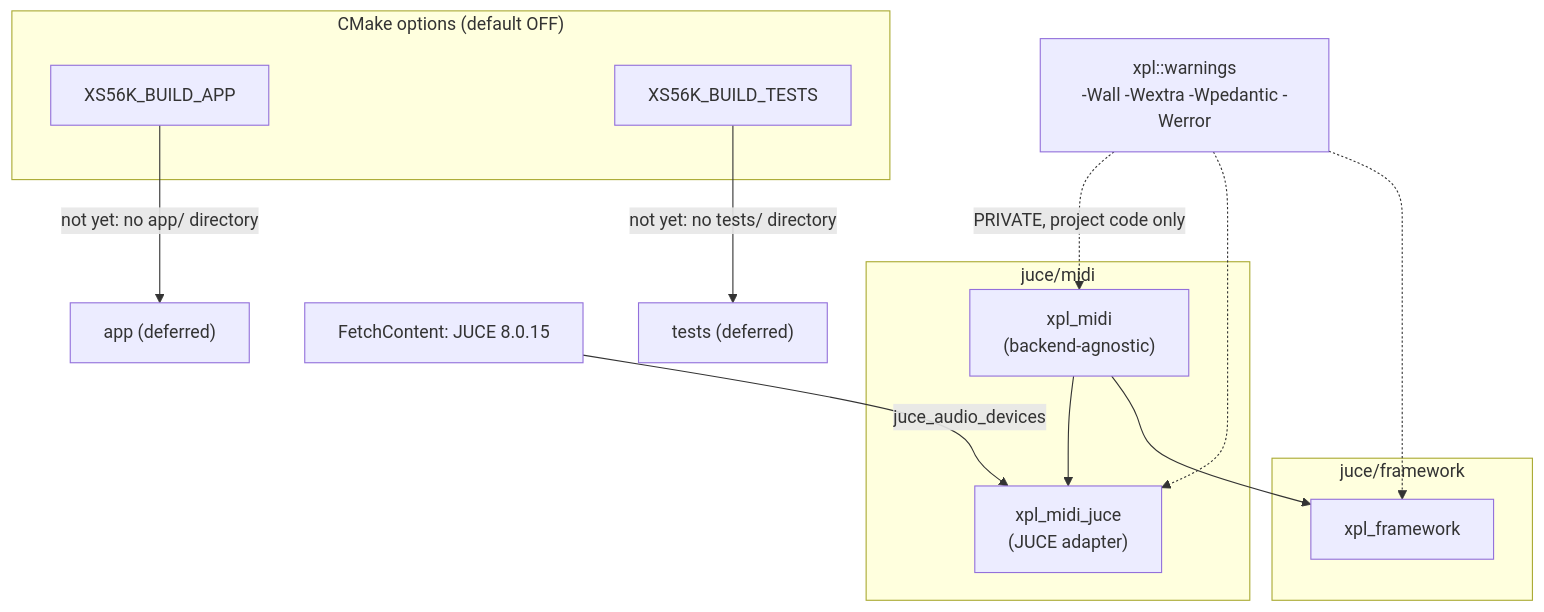
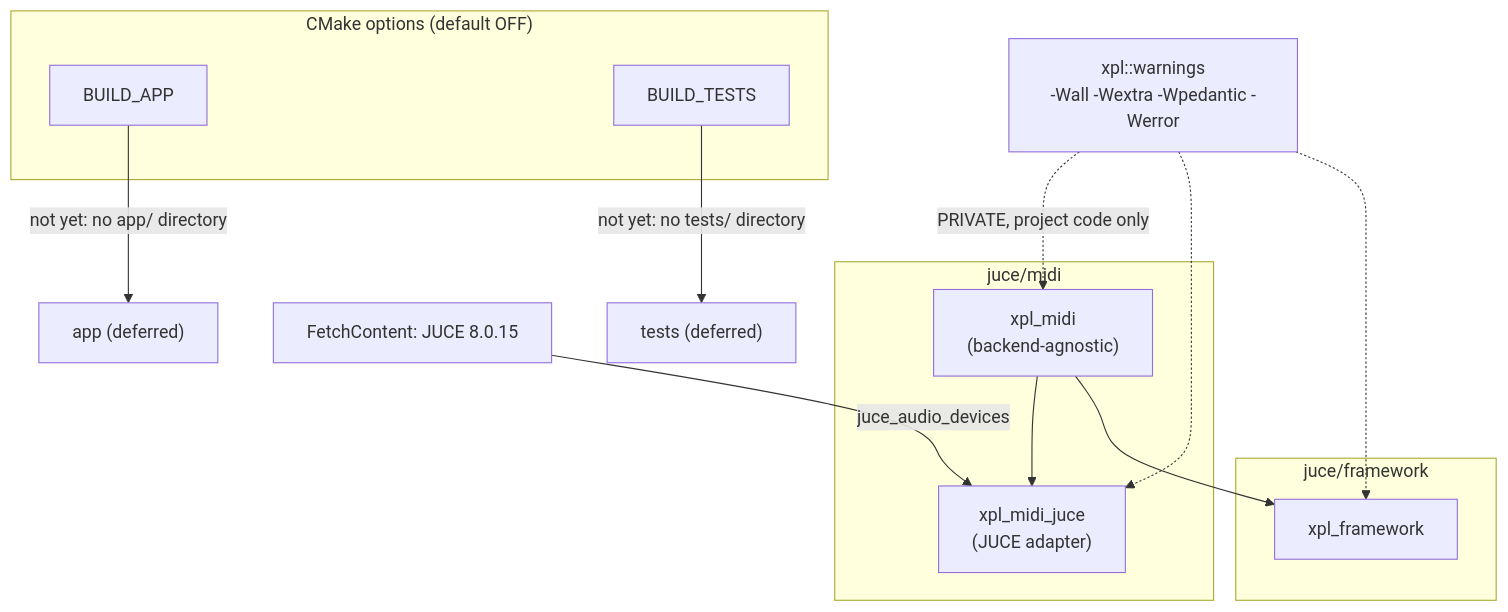
Before and after one commit to xplorer2716/XS56K: the diagram in process/2.architecture/ADR-BLD-001-juce-cmake-build-foundation.md, drawn with Mermaid. The commit also changed other lines of this file and 33 other files, not shown here.

````diff
--- a/process/2.architecture/ADR-BLD-001-juce-cmake-build-foundation.md
+++ b/process/2.architecture/ADR-BLD-001-juce-cmake-build-foundation.md
@@ -96,29 +116,29 @@
 ```mermaid
 flowchart TD
     subgraph opts["CMake options (default OFF)"]
-        APP["XS56K_BUILD_APP"]
-        TST["XS56K_BUILD_TESTS"]
+        APP["BUILD_APP"]
+        TST["BUILD_TESTS"]
     end
 
     JUCE["FetchContent: JUCE 8.0.15"]
     WARN["xpl::warnings\n-Wall -Wextra -Wpedantic -Werror"]
 
     subgraph midi["juce/midi"]
         M1["xpl_midi\n(backend-agnostic)"]
         M2["xpl_midi_juce\n(JUCE adapter)"]
     end
 
     subgraph fmw["juce/framework"]
         F1["xpl_framework"]
     end
 
     JUCE -->|"juce_audio_devices"| M2
     M1 --> M2
     M1 --> F1
     WARN -.->|"PRIVATE, project code only"| M1
     WARN -.-> M2
     WARN -.-> F1
 
     APP -->|"not yet: no app/ directory"| APPTGT["app (deferred)"]
     TST -->|"not yet: no tests/ directory"| TSTTGT["tests (deferred)"]
 ```
````
